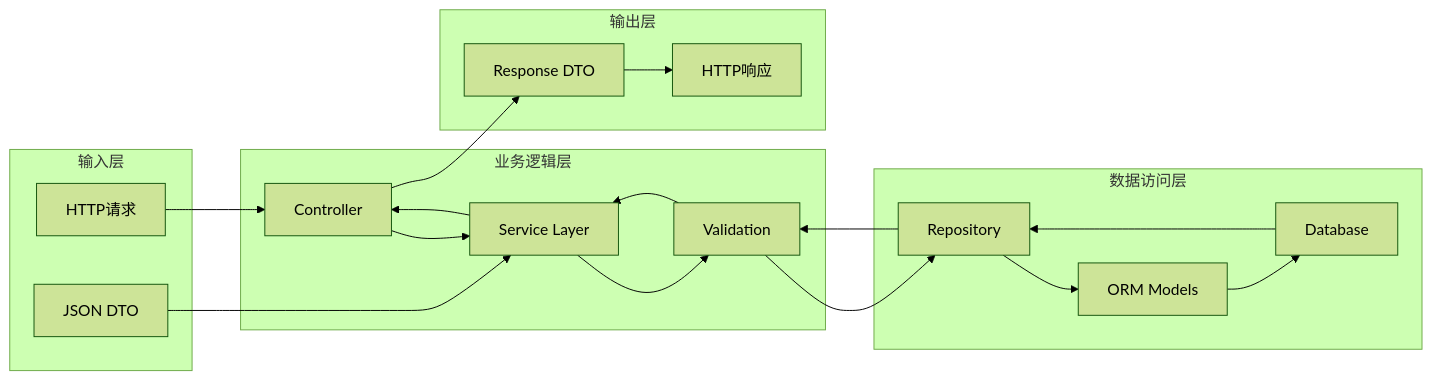
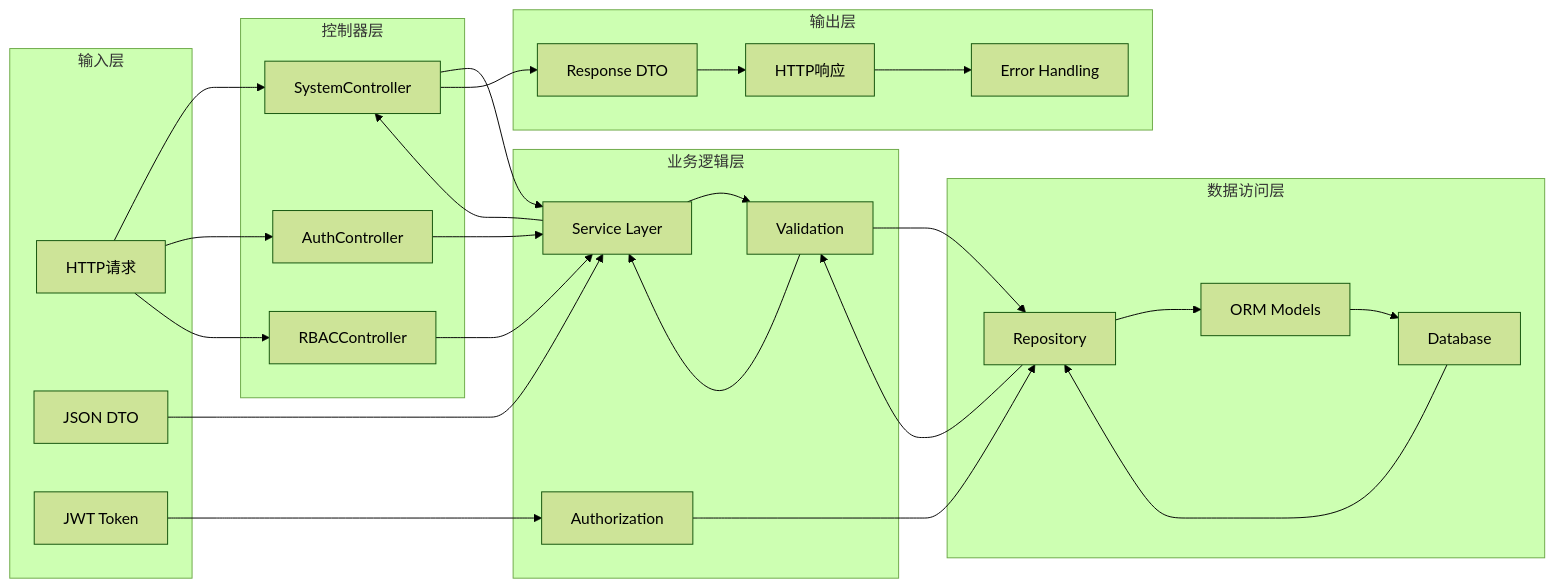
Diagram 14 of 14 in .qoder/repowiki/zh/content/API 接口文档/系统管理接口.md (taoweidong/Hello-Django-Ninja-Api), drawn with Mermaid (forest theme) before and after one commit. The commit also changed other lines of this file and 7 other files, not shown here.

````diff
--- a/.qoder/repowiki/zh/content/API 接口文档/系统管理接口.md
+++ b/.qoder/repowiki/zh/content/API 接口文档/系统管理接口.md
@@ -673,34 +752,48 @@
 ```mermaid
 flowchart LR
 subgraph "输入层"
 A[HTTP请求]
 B[JSON DTO]
+C[JWT Token]
+end
+subgraph "控制器层"
+D[SystemController]
+E[AuthController]
+F[RBACController]
 end
 subgraph "业务逻辑层"
-C[Controller]
-D[Service Layer]
-E[Validation]
+G[Service Layer]
+H[Validation]
+I[Authorization]
 end
 subgraph "数据访问层"
-F[Repository]
-G[ORM Models]
-H[Database]
+J[Repository]
+K[ORM Models]
+L[Database]
 end
 subgraph "输出层"
-I[Response DTO]
-J[HTTP响应]
+M[Response DTO]
+N[HTTP响应]
+O[Error Handling]
 end
-A --> C
-B --> D
-C --> D
-D --> E
-E --> F
+A --> D
+A --> E
+A --> F
+B --> G
+C --> I
+D --> G
+E --> G
 F --> G
 G --> H
-H --> F
-F --> E
-E --> D
-D --> C
-C --> I
+H --> J
 I --> J
+J --> K
+K --> L
+L --> J
+J --> H
+H --> G
+G --> D
+D --> M
+M --> N
+N --> O
 ```
````
